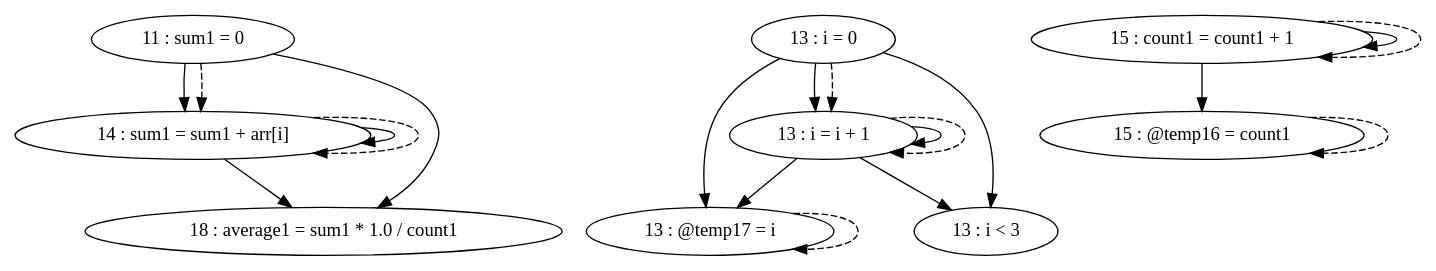
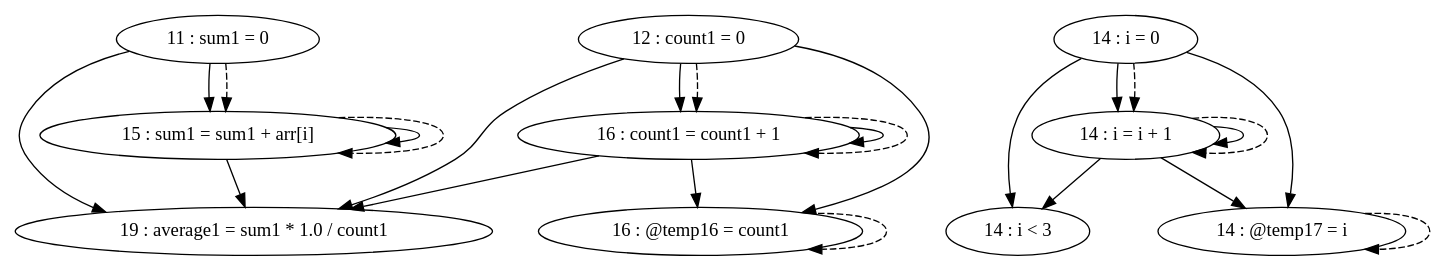
Before and after one commit to thomassimko/thesis-code-duplication: the diagram in pdg/source/testFiles/TestCases/TestCase2/TestCase2-test1.gv, drawn with Graphviz. The commit also changed 107 other files, not shown here.

```diff
--- a/pdg/source/testFiles/TestCases/TestCase2/TestCase2-test1.gv
+++ b/pdg/source/testFiles/TestCases/TestCase2/TestCase2-test1.gv
@@ -1,30 +1,36 @@
 digraph G {
 "11 : sum1 = 0"
-"11 : sum1 = 0" -> "14 : sum1 = sum1 + arr[i]"
-"11 : sum1 = 0" -> "18 : average1 = sum1 * 1.0 / count1"
-"11 : sum1 = 0" -> "14 : sum1 = sum1 + arr[i]" [style=dashed]
-"13 : i = 0"
-"13 : i = 0" -> "13 : i = i + 1"
-"13 : i = 0" -> "13 : @temp17 = i"
-"13 : i = 0" -> "13 : i < 3"
-"13 : i = 0" -> "13 : i = i + 1" [style=dashed]
-"13 : i < 3"
-"14 : sum1 = sum1 + arr[i]"
-"14 : sum1 = sum1 + arr[i]" -> "14 : sum1 = sum1 + arr[i]"
-"14 : sum1 = sum1 + arr[i]" -> "18 : average1 = sum1 * 1.0 / count1"
-"14 : sum1 = sum1 + arr[i]" -> "14 : sum1 = sum1 + arr[i]" [style=dashed]
-"15 : @temp16 = count1"
-"15 : @temp16 = count1" -> "15 : @temp16 = count1" [style=dashed]
-"15 : count1 = count1 + 1"
-"15 : count1 = count1 + 1" -> "15 : @temp16 = count1"
-"15 : count1 = count1 + 1" -> "15 : count1 = count1 + 1"
-"15 : count1 = count1 + 1" -> "15 : count1 = count1 + 1" [style=dashed]
-"13 : @temp17 = i"
-"13 : @temp17 = i" -> "13 : @temp17 = i" [style=dashed]
-"13 : i = i + 1"
-"13 : i = i + 1" -> "13 : i = i + 1"
-"13 : i = i + 1" -> "13 : @temp17 = i"
-"13 : i = i + 1" -> "13 : i < 3"
-"13 : i = i + 1" -> "13 : i = i + 1" [style=dashed]
-"18 : average1 = sum1 * 1.0 / count1"
+"11 : sum1 = 0" -> "19 : average1 = sum1 * 1.0 / count1"
+"11 : sum1 = 0" -> "15 : sum1 = sum1 + arr[i]"
+"11 : sum1 = 0" -> "15 : sum1 = sum1 + arr[i]" [style=dashed]
+"12 : count1 = 0"
+"12 : count1 = 0" -> "16 : count1 = count1 + 1"
+"12 : count1 = 0" -> "19 : average1 = sum1 * 1.0 / count1"
+"12 : count1 = 0" -> "16 : @temp16 = count1"
+"12 : count1 = 0" -> "16 : count1 = count1 + 1" [style=dashed]
+"14 : i = 0"
+"14 : i = 0" -> "14 : i = i + 1"
+"14 : i = 0" -> "14 : i < 3"
+"14 : i = 0" -> "14 : @temp17 = i"
+"14 : i = 0" -> "14 : i = i + 1" [style=dashed]
+"14 : i < 3"
+"15 : sum1 = sum1 + arr[i]"
+"15 : sum1 = sum1 + arr[i]" -> "19 : average1 = sum1 * 1.0 / count1"
+"15 : sum1 = sum1 + arr[i]" -> "15 : sum1 = sum1 + arr[i]"
+"15 : sum1 = sum1 + arr[i]" -> "15 : sum1 = sum1 + arr[i]" [style=dashed]
+"16 : @temp16 = count1"
+"16 : @temp16 = count1" -> "16 : @temp16 = count1" [style=dashed]
+"16 : count1 = count1 + 1"
+"16 : count1 = count1 + 1" -> "16 : count1 = count1 + 1"
+"16 : count1 = count1 + 1" -> "19 : average1 = sum1 * 1.0 / count1"
+"16 : count1 = count1 + 1" -> "16 : @temp16 = count1"
+"16 : count1 = count1 + 1" -> "16 : count1 = count1 + 1" [style=dashed]
+"14 : @temp17 = i"
+"14 : @temp17 = i" -> "14 : @temp17 = i" [style=dashed]
+"14 : i = i + 1"
+"14 : i = i + 1" -> "14 : i = i + 1"
+"14 : i = i + 1" -> "14 : i < 3"
+"14 : i = i + 1" -> "14 : @temp17 = i"
+"14 : i = i + 1" -> "14 : i = i + 1" [style=dashed]
+"19 : average1 = sum1 * 1.0 / count1"
 }
```
